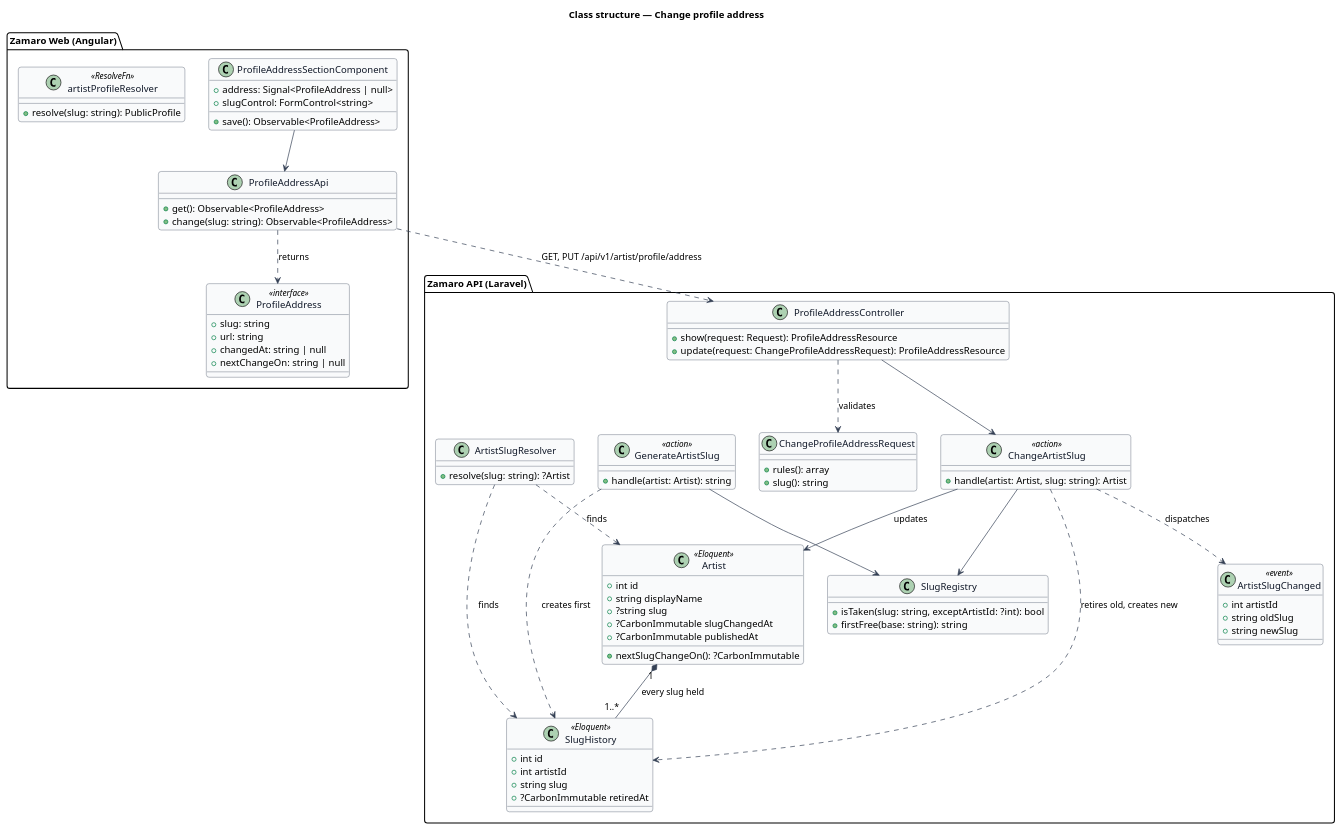
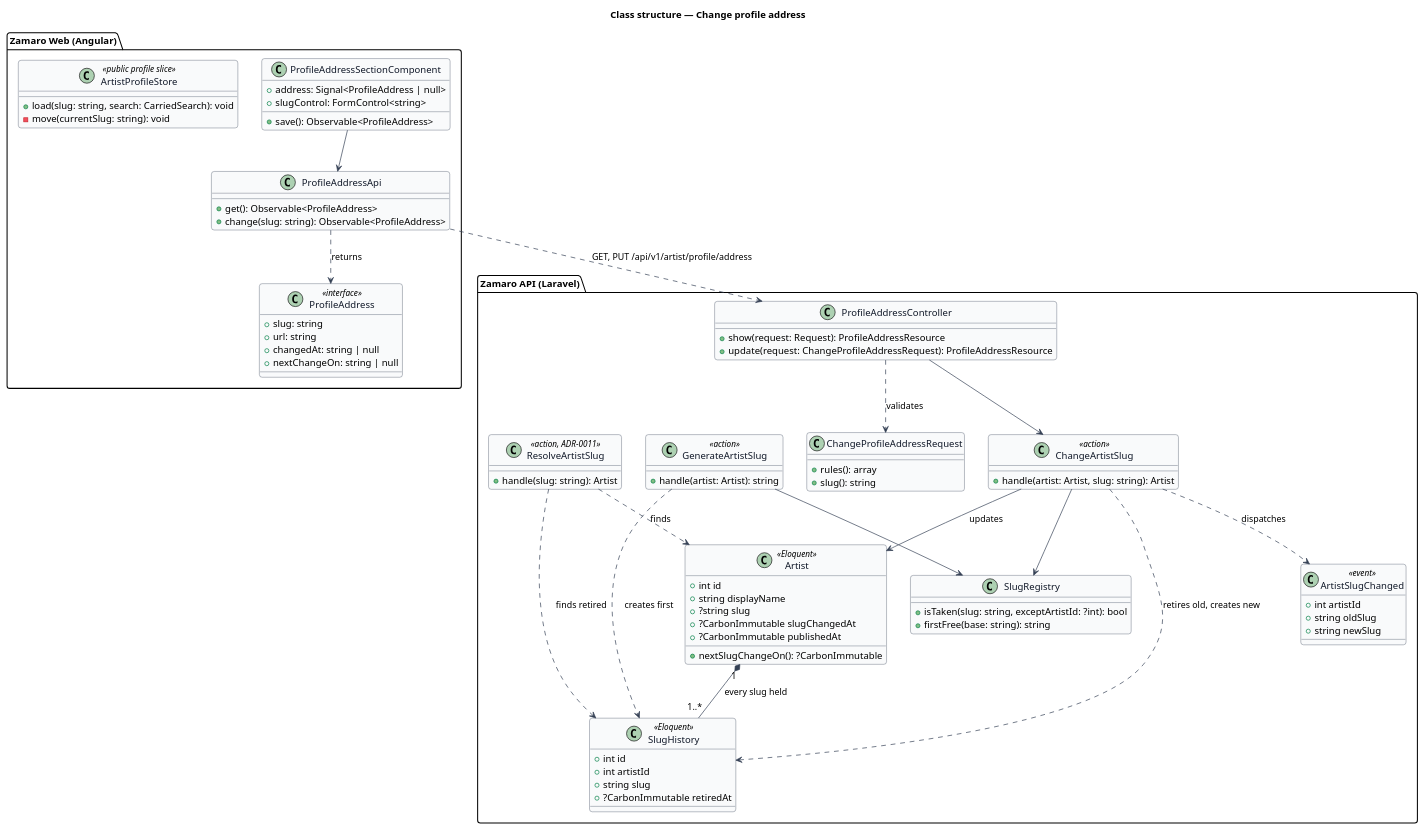
Before and after one commit to QuinntyneBrown/zamaro: the diagram in docs/detailed-designs/artist-workspace/change-profile-address/diagrams/class-structure.puml, drawn with PlantUML. The commit also changed 20 other files, not shown here.

First line of the commit message:
docs(artist-profiles): ADR-0011 slug history; record S15 as built, S16 is next

```diff
--- a/docs/detailed-designs/artist-workspace/change-profile-address/diagrams/class-structure.puml
+++ b/docs/detailed-designs/artist-workspace/change-profile-address/diagrams/class-structure.puml
@@ -1,94 +1,95 @@
 @startuml
 ' --- shared skin header ---
 skinparam backgroundColor #FFFFFF
 skinparam shadowing false
 skinparam roundcorner 8
 skinparam defaultFontName Arial
 skinparam ArrowColor #344054
 skinparam class {
   BorderColor #344054
   FontColor #101828
   BackgroundColor #F9FAFB
 }
 ' --------------------------
 title Class structure — Change profile address
 
 package "Zamaro Web (Angular)" {
   class ProfileAddressSectionComponent {
     +address: Signal<ProfileAddress | null>
     +slugControl: FormControl<string>
     +save(): Observable<ProfileAddress>
   }
   class ProfileAddressApi {
     +get(): Observable<ProfileAddress>
     +change(slug: string): Observable<ProfileAddress>
   }
   class ProfileAddress <<interface>> {
     +slug: string
     +url: string
     +changedAt: string | null
     +nextChangeOn: string | null
   }
-  class artistProfileResolver <<ResolveFn>> {
-    +resolve(slug: string): PublicProfile
+  class ArtistProfileStore <<public profile slice>> {
+    +load(slug: string, search: CarriedSearch): void
+    -move(currentSlug: string): void
   }
 }
 
 package "Zamaro API (Laravel)" {
   class ProfileAddressController {
     +show(request: Request): ProfileAddressResource
     +update(request: ChangeProfileAddressRequest): ProfileAddressResource
   }
   class ChangeProfileAddressRequest {
     +rules(): array
     +slug(): string
   }
   class ChangeArtistSlug <<action>> {
     +handle(artist: Artist, slug: string): Artist
   }
   class GenerateArtistSlug <<action>> {
     +handle(artist: Artist): string
   }
   class SlugRegistry {
     +isTaken(slug: string, exceptArtistId: ?int): bool
     +firstFree(base: string): string
   }
-  class ArtistSlugResolver {
-    +resolve(slug: string): ?Artist
+  class ResolveArtistSlug <<action, ADR-0011>> {
+    +handle(slug: string): Artist
   }
   class Artist <<Eloquent>> {
     +int id
     +string displayName
     +?string slug
     +?CarbonImmutable slugChangedAt
     +?CarbonImmutable publishedAt
     +nextSlugChangeOn(): ?CarbonImmutable
   }
   class SlugHistory <<Eloquent>> {
     +int id
     +int artistId
     +string slug
     +?CarbonImmutable retiredAt
   }
   class ArtistSlugChanged <<event>> {
     +int artistId
     +string oldSlug
     +string newSlug
   }
 }
 
 ProfileAddressSectionComponent --> ProfileAddressApi
 ProfileAddressApi ..> ProfileAddress : returns
 ProfileAddressApi ..> ProfileAddressController : GET, PUT /api/v1/artist/profile/address
 ProfileAddressController ..> ChangeProfileAddressRequest : validates
 ProfileAddressController --> ChangeArtistSlug
 ChangeArtistSlug --> SlugRegistry
 GenerateArtistSlug --> SlugRegistry
 GenerateArtistSlug ..> SlugHistory : creates first
 ChangeArtistSlug --> Artist : updates
 ChangeArtistSlug ..> SlugHistory : retires old, creates new
 ChangeArtistSlug ..> ArtistSlugChanged : dispatches
-ArtistSlugResolver ..> Artist : finds
-ArtistSlugResolver ..> SlugHistory : finds
+ResolveArtistSlug ..> Artist : finds
+ResolveArtistSlug ..> SlugHistory : finds retired
 Artist "1" *-- "1..*" SlugHistory : every slug held
 @enduml
```
